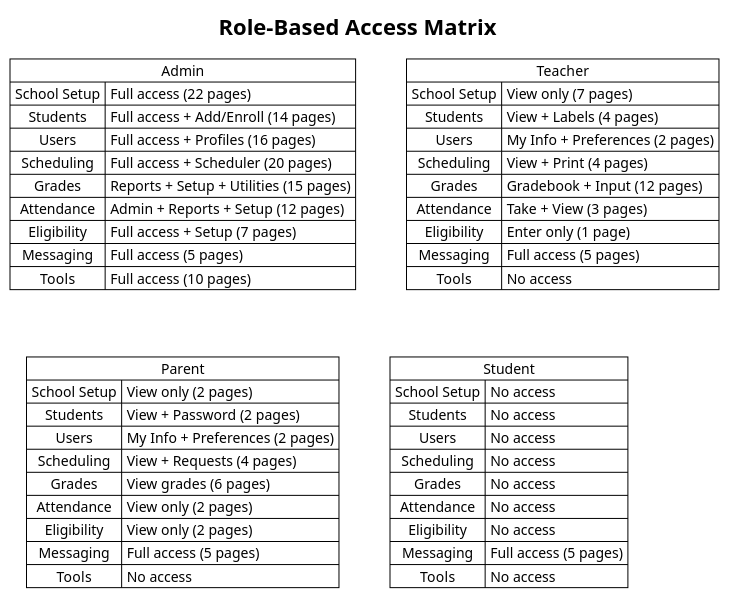
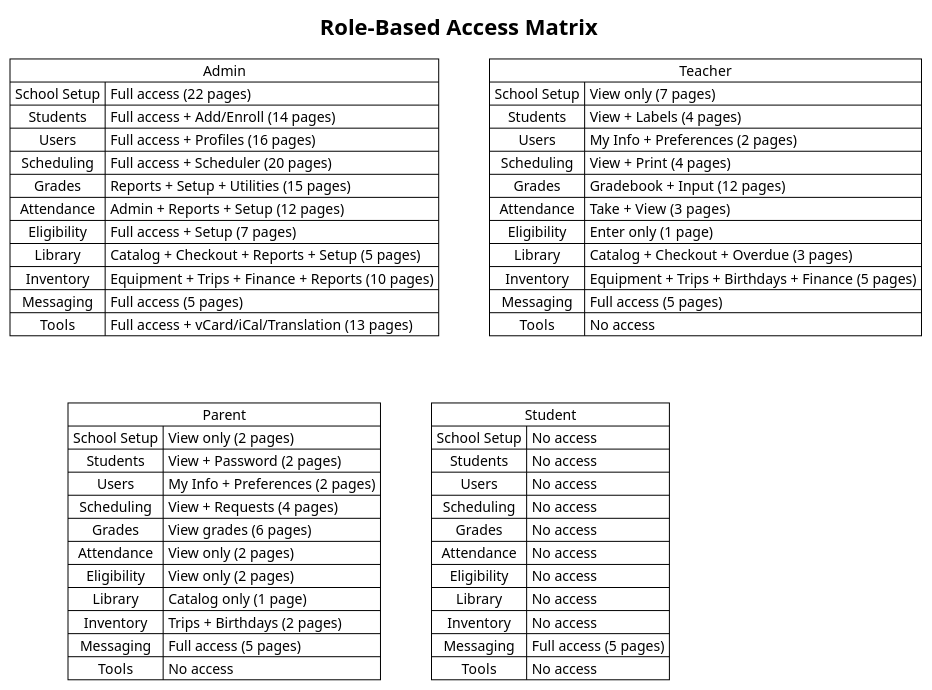
The diagram in docs/diagrams/role-access-matrix.puml (CLK-AL/openSIS-Classic), drawn with PlantUML before and after one commit. The commit also changed 8 other files, not shown here.

First line of the commit message:
Update all PUML diagrams, README, and CHANGELOG with new modules

```diff
--- a/docs/diagrams/role-access-matrix.puml
+++ b/docs/diagrams/role-access-matrix.puml
@@ -1,55 +1,63 @@
 @startuml role-access-matrix
 !theme plain
 title Role-Based Access Matrix
 
 skinparam defaultTextAlignment center
 
 map "Admin" as admin {
   School Setup => Full access (22 pages)
   Students => Full access + Add/Enroll (14 pages)
   Users => Full access + Profiles (16 pages)
   Scheduling => Full access + Scheduler (20 pages)
   Grades => Reports + Setup + Utilities (15 pages)
   Attendance => Admin + Reports + Setup (12 pages)
   Eligibility => Full access + Setup (7 pages)
+  Library => Catalog + Checkout + Reports + Setup (5 pages)
+  Inventory => Equipment + Trips + Finance + Reports (10 pages)
   Messaging => Full access (5 pages)
-  Tools => Full access (10 pages)
+  Tools => Full access + vCard/iCal/Translation (13 pages)
 }
 
 map "Teacher" as teacher {
   School Setup => View only (7 pages)
   Students => View + Labels (4 pages)
   Users => My Info + Preferences (2 pages)
   Scheduling => View + Print (4 pages)
   Grades => Gradebook + Input (12 pages)
   Attendance => Take + View (3 pages)
   Eligibility => Enter only (1 page)
+  Library => Catalog + Checkout + Overdue (3 pages)
+  Inventory => Equipment + Trips + Birthdays + Finance (5 pages)
   Messaging => Full access (5 pages)
   Tools => No access
 }
 
 map "Parent" as parent {
   School Setup => View only (2 pages)
   Students => View + Password (2 pages)
   Users => My Info + Preferences (2 pages)
   Scheduling => View + Requests (4 pages)
   Grades => View grades (6 pages)
   Attendance => View only (2 pages)
   Eligibility => View only (2 pages)
+  Library => Catalog only (1 page)
+  Inventory => Trips + Birthdays (2 pages)
   Messaging => Full access (5 pages)
   Tools => No access
 }
 
 map "Student" as student {
   School Setup => No access
   Students => No access
   Users => No access
   Scheduling => No access
   Grades => No access
   Attendance => No access
   Eligibility => No access
+  Library => No access
+  Inventory => No access
   Messaging => Full access (5 pages)
   Tools => No access
 }
 
 @enduml
```
